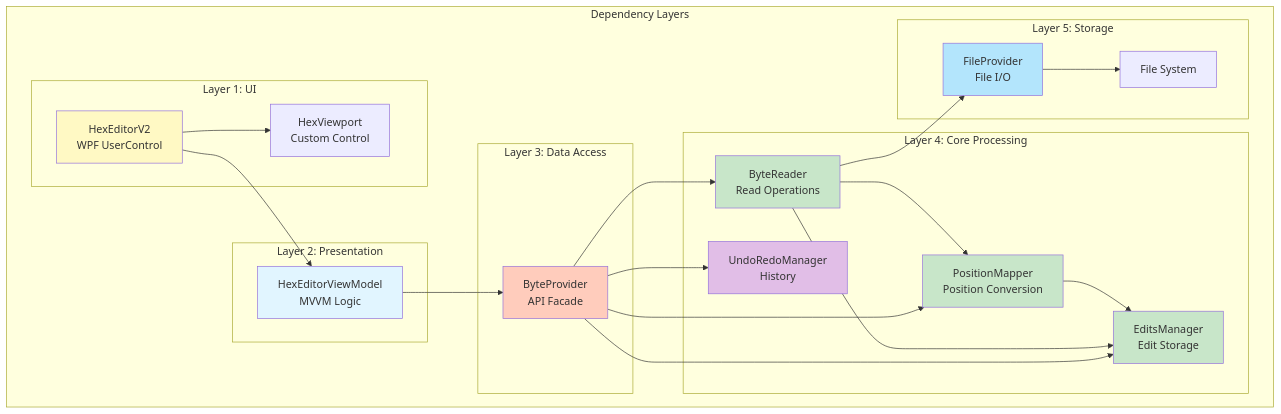
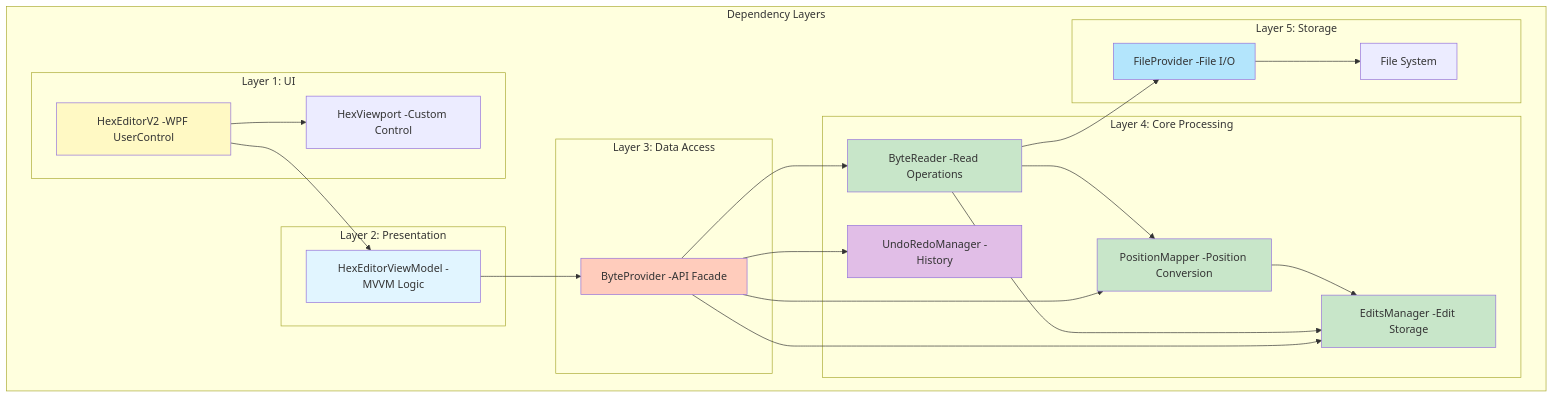
Before and after one commit to myd7349/WpfHexEditorControl: diagram 13 of 24 in ARCHITECTURE_V2.md, drawn with Mermaid. The commit also changed other lines of this file, not shown here.

First line of the commit message:
Fix all remaining Mermaid diagram br tags for GitHub compatibility

````diff
--- a/ARCHITECTURE_V2.md
+++ b/ARCHITECTURE_V2.md
@@ -970,51 +970,51 @@
 ```mermaid
 graph TD
     subgraph "Dependency Layers"
         subgraph "Layer 1: UI"
-            V2[HexEditorV2<br/>WPF UserControl]
-            HV[HexViewport<br/>Custom Control]
+            V2[HexEditorV2 -WPF UserControl]
+            HV[HexViewport -Custom Control]
         end
 
         subgraph "Layer 2: Presentation"
-            VM[HexEditorViewModel<br/>MVVM Logic]
+            VM[HexEditorViewModel -MVVM Logic]
         end
 
         subgraph "Layer 3: Data Access"
-            BP[ByteProvider<br/>API Facade]
+            BP[ByteProvider -API Facade]
         end
 
         subgraph "Layer 4: Core Processing"
-            BR[ByteReader<br/>Read Operations]
-            EM[EditsManager<br/>Edit Storage]
-            PM[PositionMapper<br/>Position Conversion]
-            UR[UndoRedoManager<br/>History]
+            BR[ByteReader -Read Operations]
+            EM[EditsManager -Edit Storage]
+            PM[PositionMapper -Position Conversion]
+            UR[UndoRedoManager -History]
         end
 
         subgraph "Layer 5: Storage"
-            FP[FileProvider<br/>File I/O]
+            FP[FileProvider -File I/O]
             FS[File System]
         end
     end
 
     V2 --> HV
     V2 --> VM
     VM --> BP
     BP --> BR
     BP --> EM
     BP --> PM
     BP --> UR
     BR --> EM
     BR --> PM
     BR --> FP
     PM --> EM
     FP --> FS
 
     style V2 fill:#fff9c4
     style VM fill:#e1f5ff
     style BP fill:#ffccbc
     style BR fill:#c8e6c9
     style EM fill:#c8e6c9
     style PM fill:#c8e6c9
     style UR fill:#e1bee7
     style FP fill:#b3e5fc
 ```
````
